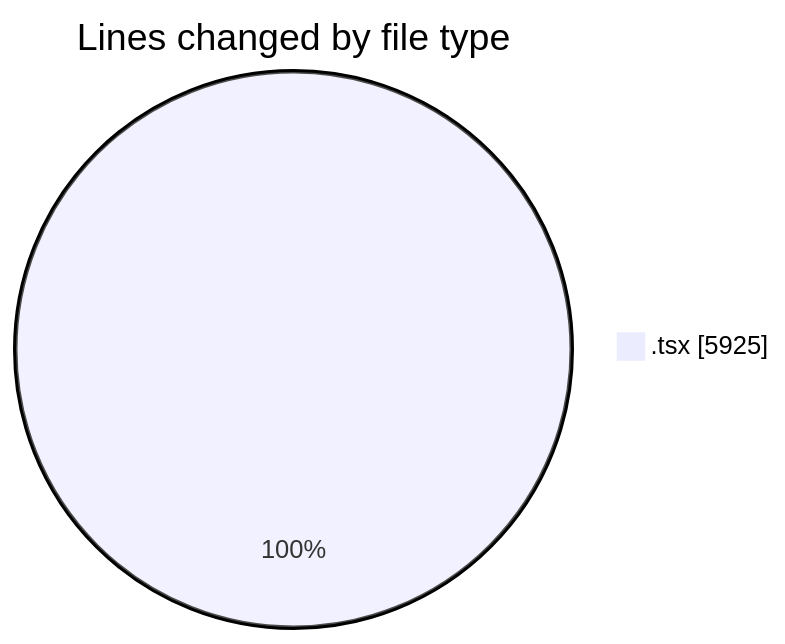
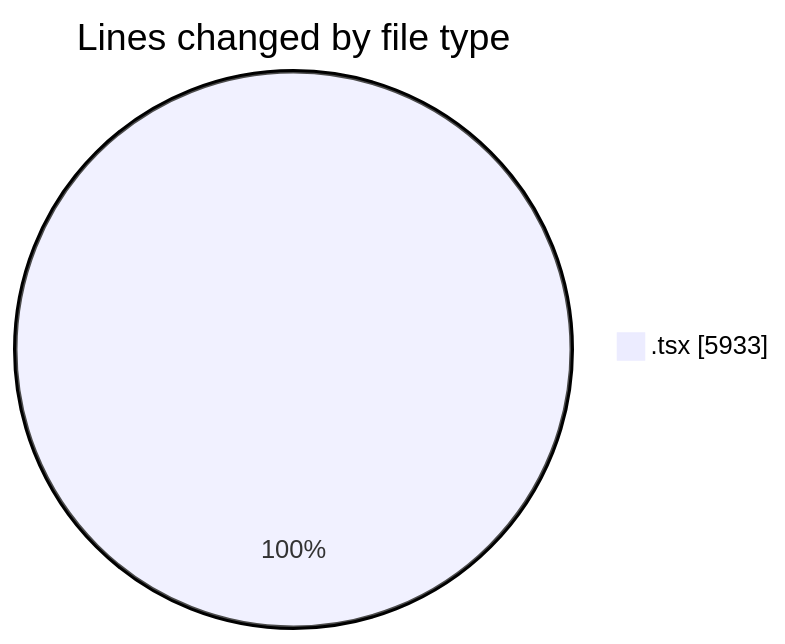
One commit to nxtqubesakshisongat/code-tracking changed the first of 2 diagrams in 2026-05-22/nxtqube_webapp/README.md. Above: the diagram before and after it, drawn with Mermaid. The commit also changed other lines of this file and 1 other file, not shown here.

````diff
--- a/2026-05-22/nxtqube_webapp/README.md
+++ b/2026-05-22/nxtqube_webapp/README.md
@@ -23,5 +23,5 @@
 ```mermaid
 pie showData
 title Lines changed by file type
-".tsx" : 5925
+".tsx" : 5933
 ```
````
